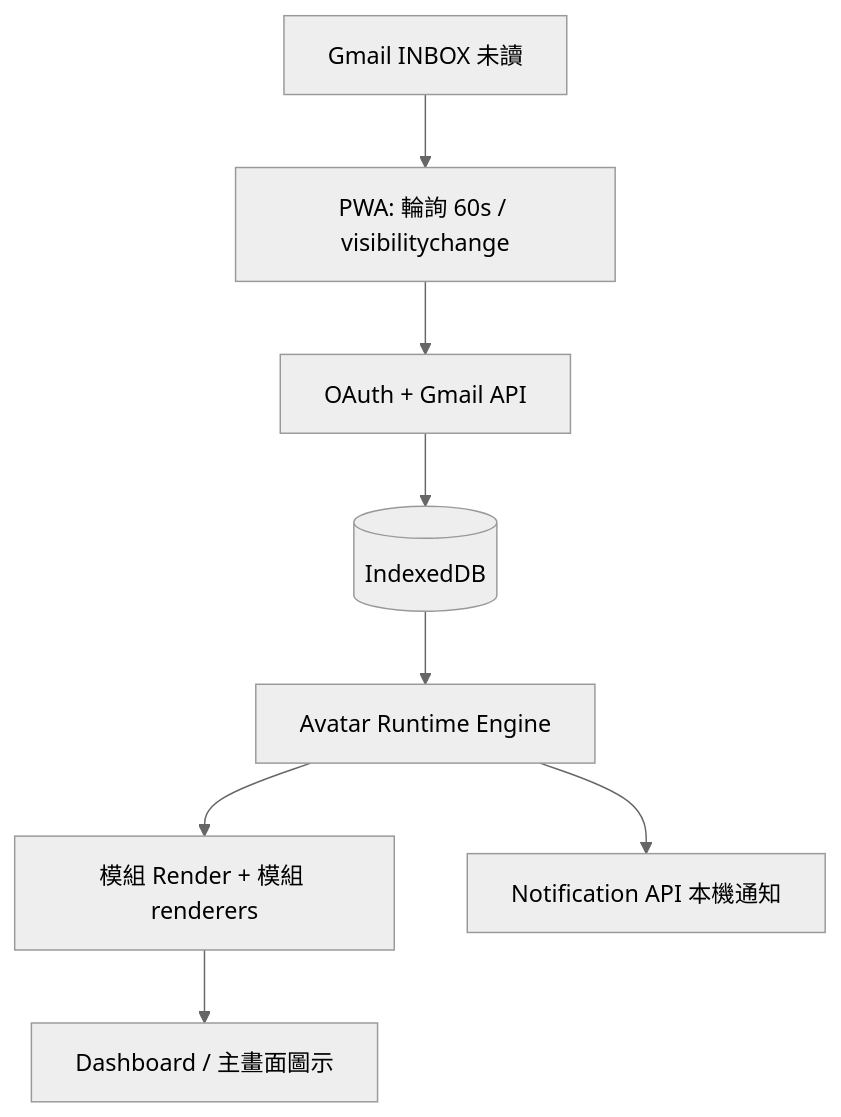
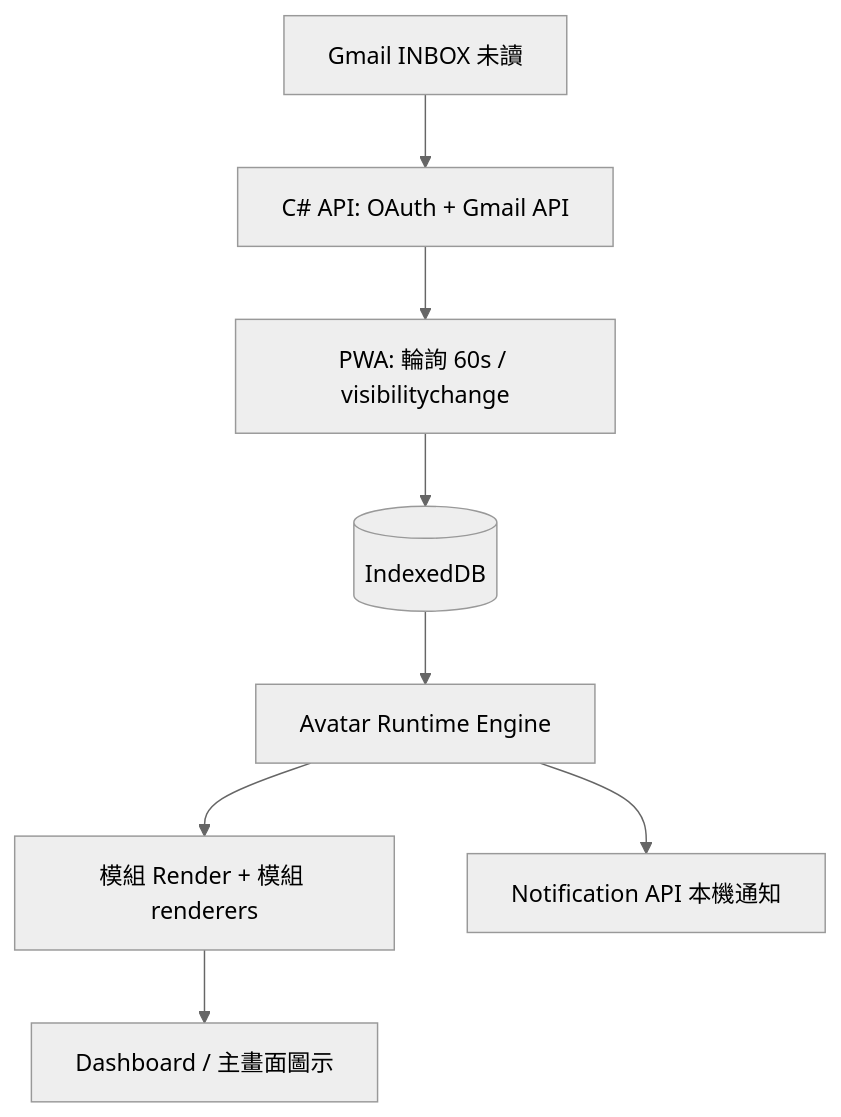
The diagram in specs/001-gmail-standby-unread/spec.md (MavisChen2022/---), drawn with Mermaid (neutral theme) before and after one commit. The commit also changed other lines of this file and 26 other files, not shown here.

````diff
--- a/specs/001-gmail-standby-unread/spec.md
+++ b/specs/001-gmail-standby-unread/spec.md
@@ -317,10 +323,10 @@
 ```mermaid
 flowchart TD
-  Gmail[Gmail INBOX 未讀] --> Poll[PWA: 輪詢 60s / visibilitychange]
-  Poll --> PWA[OAuth + Gmail API]
-  PWA --> IDB[(IndexedDB)]
+  Gmail[Gmail INBOX 未讀] --> Backend[C# API: OAuth + Gmail API]
+  Backend --> Poll[PWA: 輪詢 60s / visibilitychange]
+  Poll --> IDB[(IndexedDB)]
   IDB --> Engine[Avatar Runtime Engine]
   Engine --> Render[模組 Render + 模組 renderers]
   Render --> UI[Dashboard / 主畫面圖示]
   Engine --> Notify[Notification API 本機通知]
 ```
````
